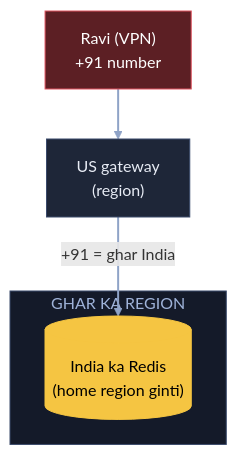
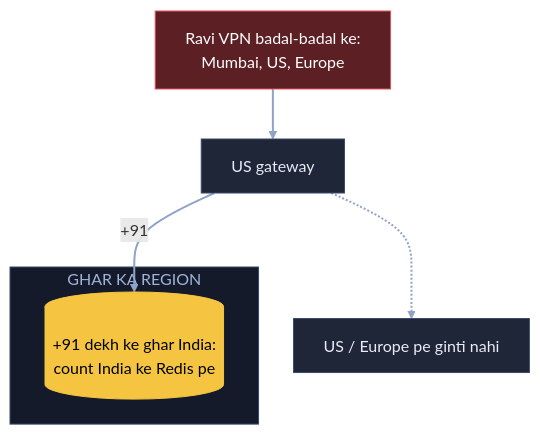
The tenth of 10 diagrams in 04_HLD/SYSTEM_DESIGNS/02_rate_limiter/02_rate_limiter.md (ArpanMaheshwari144/Prep), drawn with Mermaid before and after one commit. The commit also changed other lines of this file, not shown here.

Commit message:
Rate limiter: 10 diagram hand notes ke shabdon se (K1 naya), K3 me apni jodi line hatai

````diff
--- a/04_HLD/SYSTEM_DESIGNS/02_rate_limiter/02_rate_limiter.md
+++ b/04_HLD/SYSTEM_DESIGNS/02_rate_limiter/02_rate_limiter.md
@@ -314,16 +319,18 @@
 ```mermaid
 flowchart TB
-    R["Ravi (VPN)<br/>+91 number"]:::bad
-    US["US gateway<br/>(region)"]:::card
-    subgraph HM["GHAR KA REGION"]
-        IN[("India ka Redis<br/>(home region ginti)")]:::pill
+    R["Ravi VPN badal-badal ke:<br/>Mumbai, US, Europe"]:::bad
+    US["US gateway"]:::card
+    subgraph GR["GHAR KA REGION"]
+        IN[("+91 dekh ke ghar India:<br/>count India ke Redis pe")]:::pill
     end
+    X["US / Europe pe ginti nahi"]:::card
     R --> US
-    US -- "+91 = ghar India" --> IN
+    US -- "+91" --> IN
+    US -.-> X
     linkStyle default stroke:#8fa3c7,stroke-width:2px
     classDef card fill:#1e2638,stroke:#3a4a6b,color:#e8ecf5
     classDef pill fill:#f5c542,stroke:#f5c542,color:#000
     classDef good fill:#2e7d4f,stroke:#3fbf6f,color:#fff
     classDef bad fill:#5c1f24,stroke:#e05561,color:#fff
-    style HM fill:#141a29,stroke:#3a4a6b,color:#9fb3d9
+    style GR fill:#141a29,stroke:#3a4a6b,color:#9fb3d9
 ```
````
